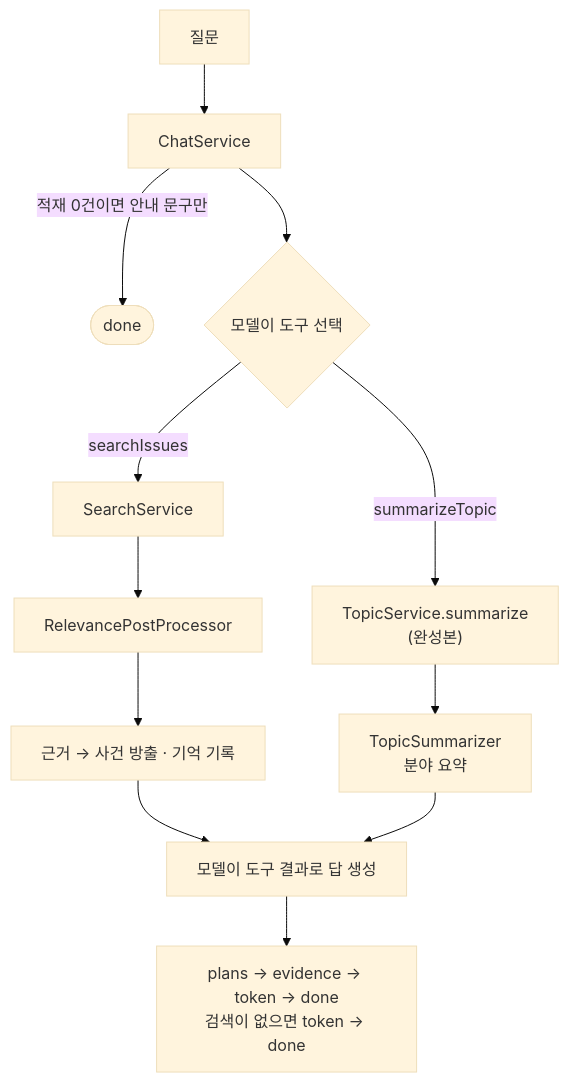
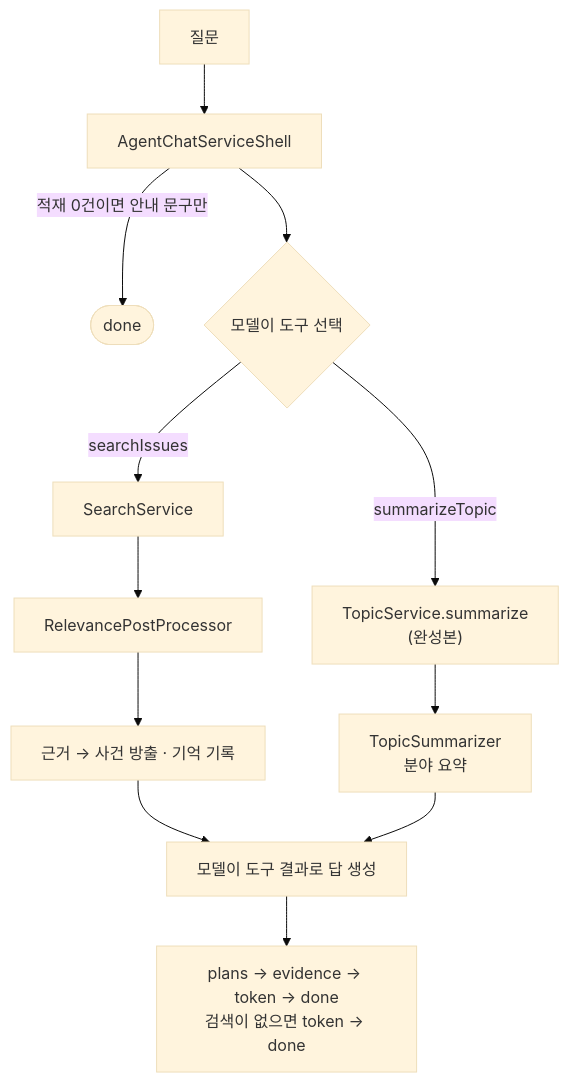
One commit to vonkernel/spring-ai-course-hands-on changed the sixth of 8 diagrams in docs/02-전체-구조.md. Above: the diagram before and after it, drawn with Mermaid (base theme). The commit also changed other lines of this file and 16 other files, not shown here.

First line of the commit message:
ChatService 를 1단계 RagChatServiceShell 과 2단계 AgentChatServiceShell 두 구현으로 나누고 AnswerGenerator 를 없앤다

````diff
--- a/docs/02-전체-구조.md
+++ b/docs/02-전체-구조.md
@@ -217,14 +217,14 @@
 ```mermaid
 flowchart TD
-    Q["질문"] --> CS["ChatService"]
+    Q["질문"] --> CS["AgentChatServiceShell"]
     CS -->|"적재 0건이면 안내 문구만"| END(["done"])
     CS --> SEL{"모델이 도구 선택"}
     SEL -->|searchIssues| SS["SearchService"]
     SS --> RP["RelevancePostProcessor"]
     RP --> EV["근거 → 사건 방출 · 기억 기록"]
     EV --> ANS["모델이 도구 결과로 답 생성"]
     SEL -->|summarizeTopic| TS["TopicService.summarize<br/>(완성본)"]
     TS --> SUM["TopicSummarizer<br/>분야 요약"]
     SUM --> ANS
     ANS --> SSE["plans → evidence → token → done<br/>검색이 없으면 token → done"]
 ```
````
